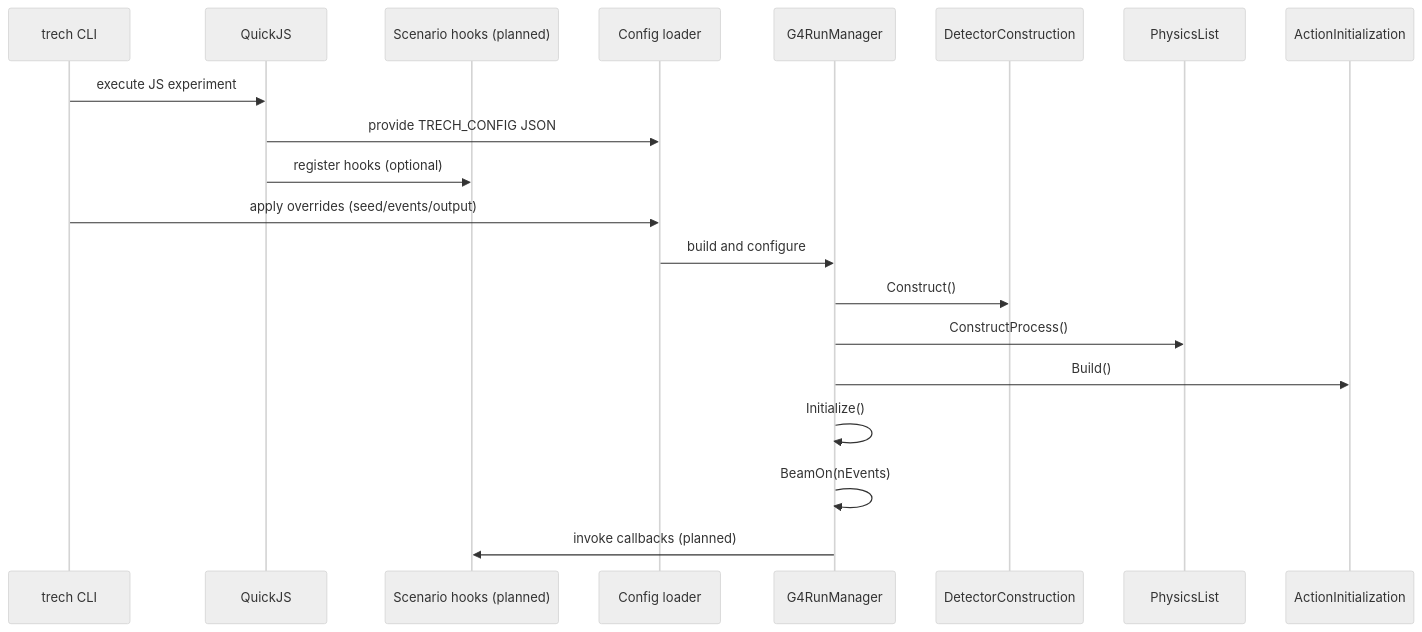
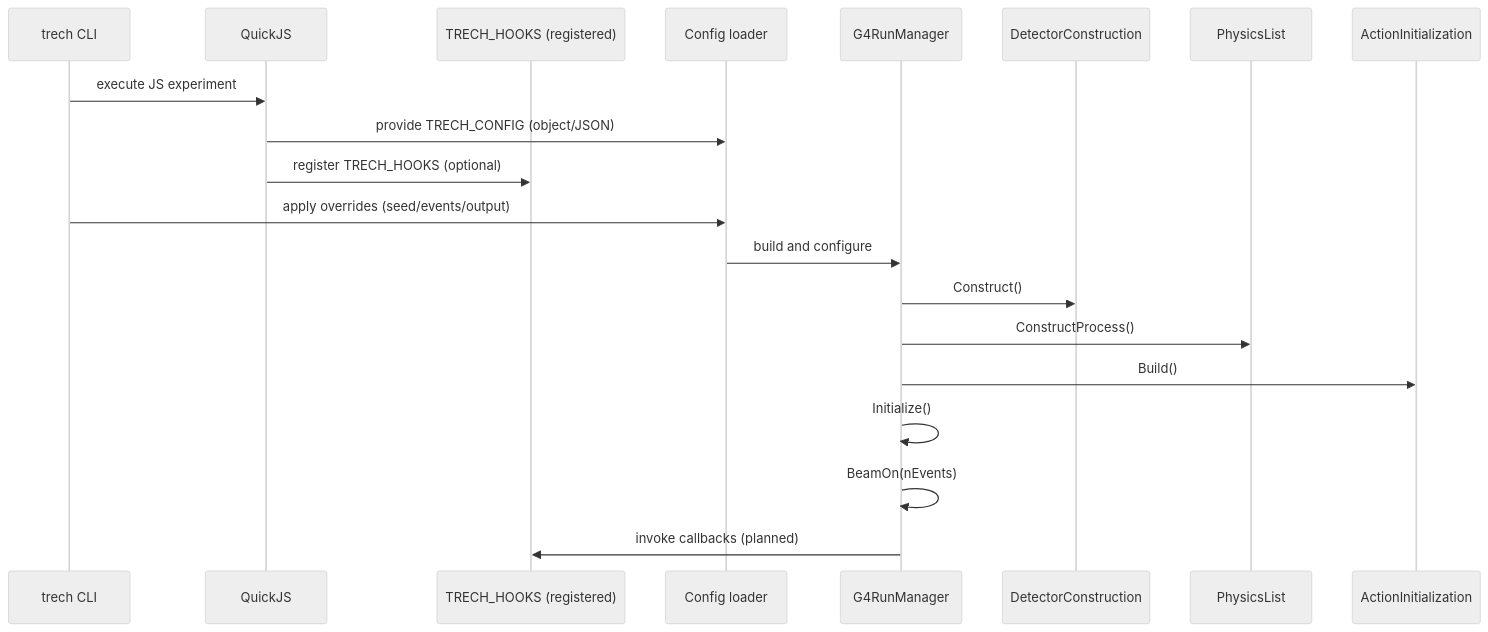
One commit to Geckos-Ink/trech changed the second of 8 diagrams in CHARTS.md. Above: the diagram before and after it, drawn with Mermaid (neutral theme). The commit also changed other lines of this file and 32 other files, not shown here.

First line of the commit message:
shifted TRECH for object-based js configs

````diff
--- a/CHARTS.md
+++ b/CHARTS.md
@@ -43,22 +43,22 @@
 ```mermaid
 sequenceDiagram
   participant CLI as trech CLI
   participant QJS as QuickJS
-  participant HOOK as Scenario hooks (planned)
+  participant HOOK as TRECH_HOOKS (registered)
   participant CFG as Config loader
   participant RM as G4RunManager
   participant DET as DetectorConstruction
   participant PHY as PhysicsList
   participant ACT as ActionInitialization
   CLI->>QJS: execute JS experiment
-  QJS->>CFG: provide TRECH_CONFIG JSON
-  QJS->>HOOK: register hooks (optional)
+  QJS->>CFG: provide TRECH_CONFIG (object/JSON)
+  QJS->>HOOK: register TRECH_HOOKS (optional)
   CLI->>CFG: apply overrides (seed/events/output)
   CFG->>RM: build and configure
   RM->>DET: Construct()
   RM->>PHY: ConstructProcess()
   RM->>ACT: Build()
   RM->>RM: Initialize()
   RM->>RM: BeamOn(nEvents)
   RM->>HOOK: invoke callbacks (planned)
 ```
````
